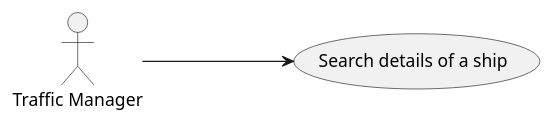
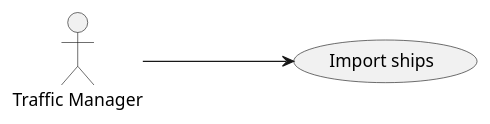
One commit to 1190772/LAB-Project-3 changed the diagram in docs/Sprint 1/US101/US101_UCD.puml. Above: the diagram before and after it, drawn with PlantUML. The commit also changed 4 other files, not shown here.

```diff
--- a/docs/Sprint 1/US101/US101_UCD.puml
+++ b/docs/Sprint 1/US101/US101_UCD.puml
@@ -1,11 +1,11 @@
 @startuml
 'https://plantuml.com/use-case-diagram
 
 left to right direction
 
 :Traffic Manager: as TM
-(Search details of a ship) as (Use)
+(Import ships) as (Use)
 
 TM ---> (Use)
 
 @enduml
```
